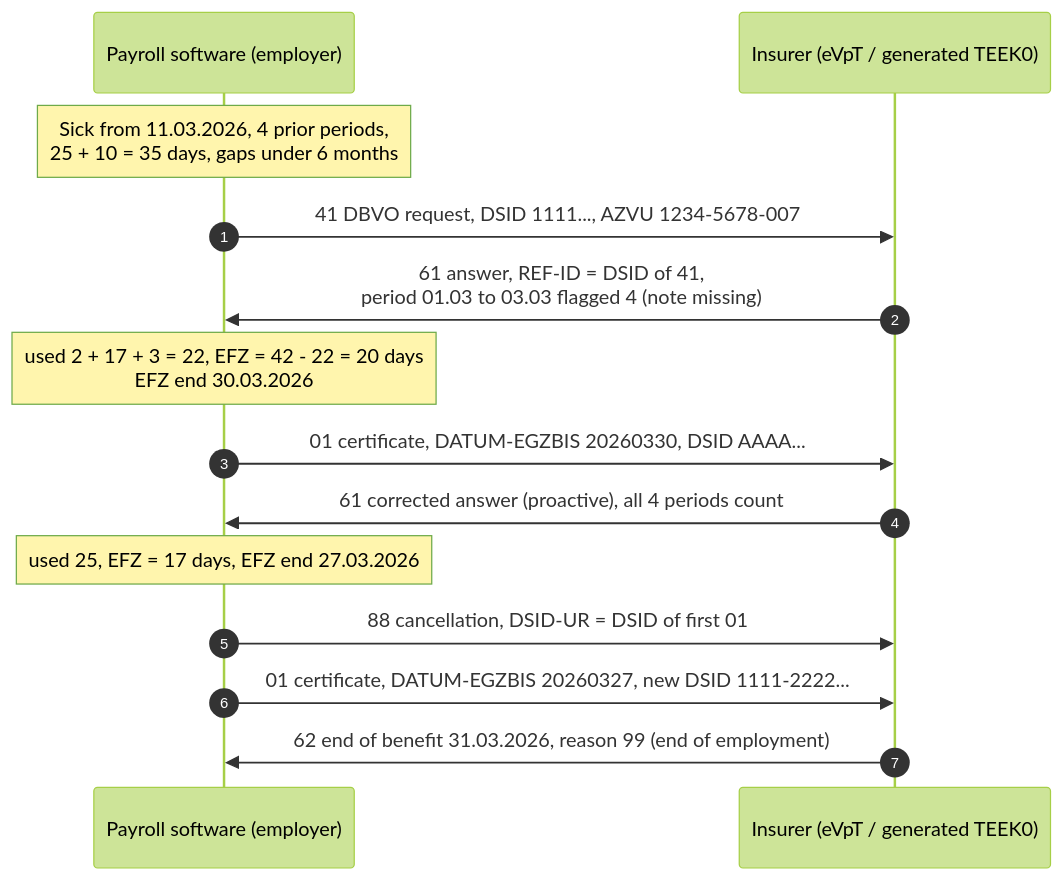
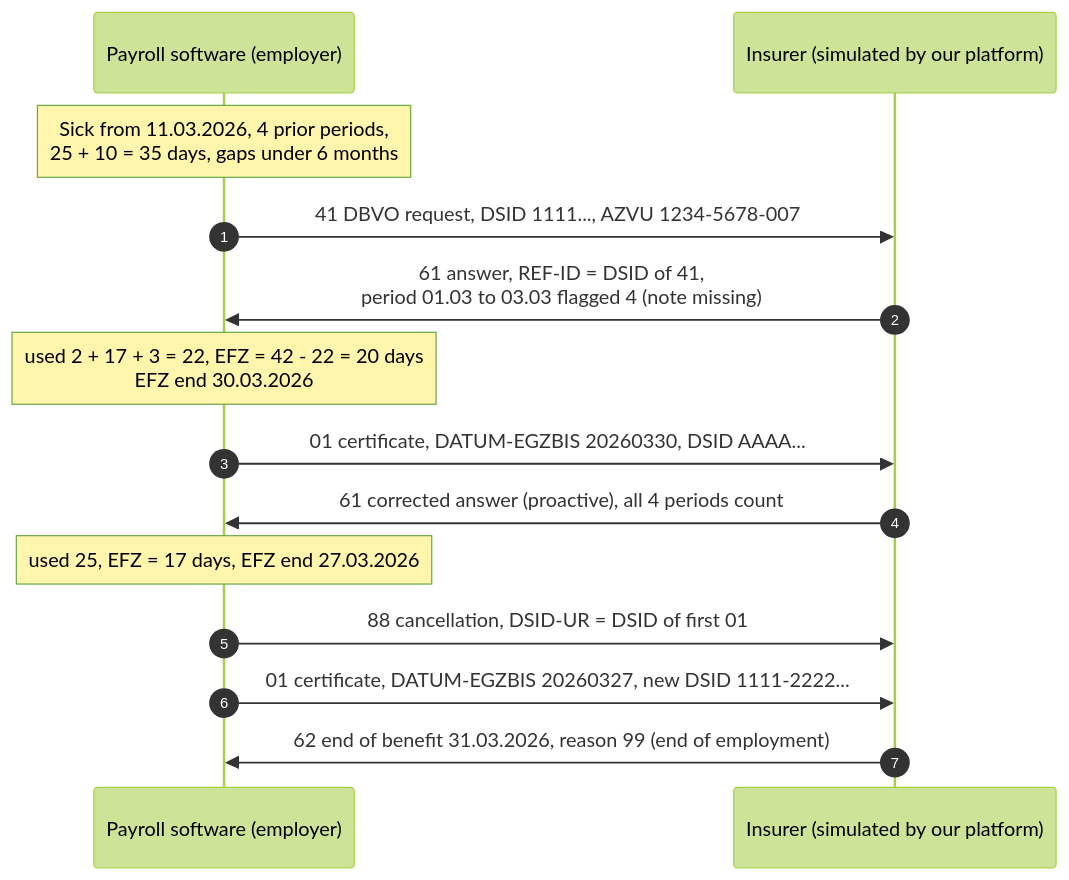
Before and after one commit to ahlemtr/ITSG-Futury-Build-day: the diagram in plan/diagrams/05_vorerkrankung_message_chain.md, drawn with Mermaid (forest theme). The commit also changed 10 other files, not shown here.

````diff
--- a/plan/diagrams/05_vorerkrankung_message_chain.md
+++ b/plan/diagrams/05_vorerkrankung_message_chain.md
@@ -3,16 +3,16 @@
 ```mermaid
 sequenceDiagram
     autonumber
     participant AG as Payroll software (employer)
-    participant KK as Insurer (eVpT / generated TEEK0)
+    participant KK as Insurer (simulated by our platform)
     Note over AG: Sick from 11.03.2026, 4 prior periods,<br/>25 + 10 = 35 days, gaps under 6 months
     AG->>KK: 41 DBVO request, DSID 1111..., AZVU 1234-5678-007
     KK->>AG: 61 answer, REF-ID = DSID of 41,<br/>period 01.03 to 03.03 flagged 4 (note missing)
     Note over AG: used 2 + 17 + 3 = 22, EFZ = 42 - 22 = 20 days<br/>EFZ end 30.03.2026
     AG->>KK: 01 certificate, DATUM-EGZBIS 20260330, DSID AAAA...
     KK->>AG: 61 corrected answer (proactive), all 4 periods count
     Note over AG: used 25, EFZ = 17 days, EFZ end 27.03.2026
     AG->>KK: 88 cancellation, DSID-UR = DSID of first 01
     AG->>KK: 01 certificate, DATUM-EGZBIS 20260327, new DSID 1111-2222...
     KK->>AG: 62 end of benefit 31.03.2026, reason 99 (end of employment)
 ```
````
